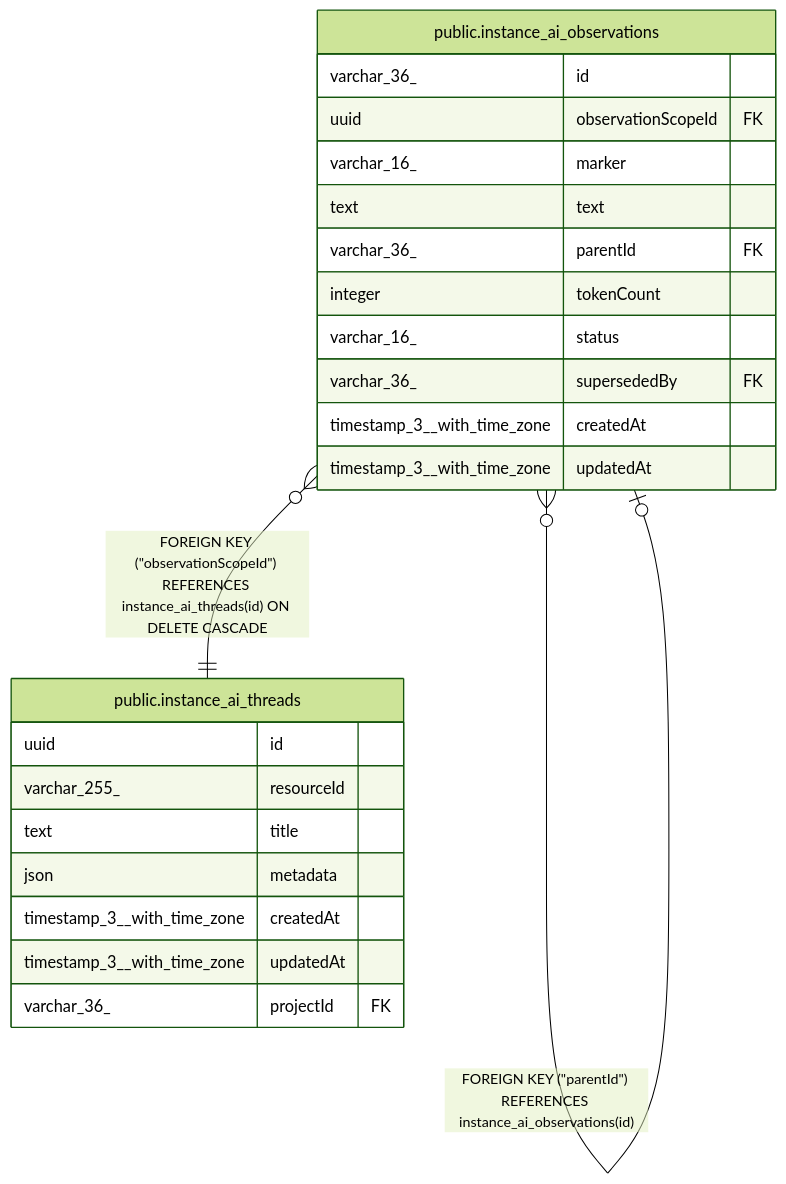
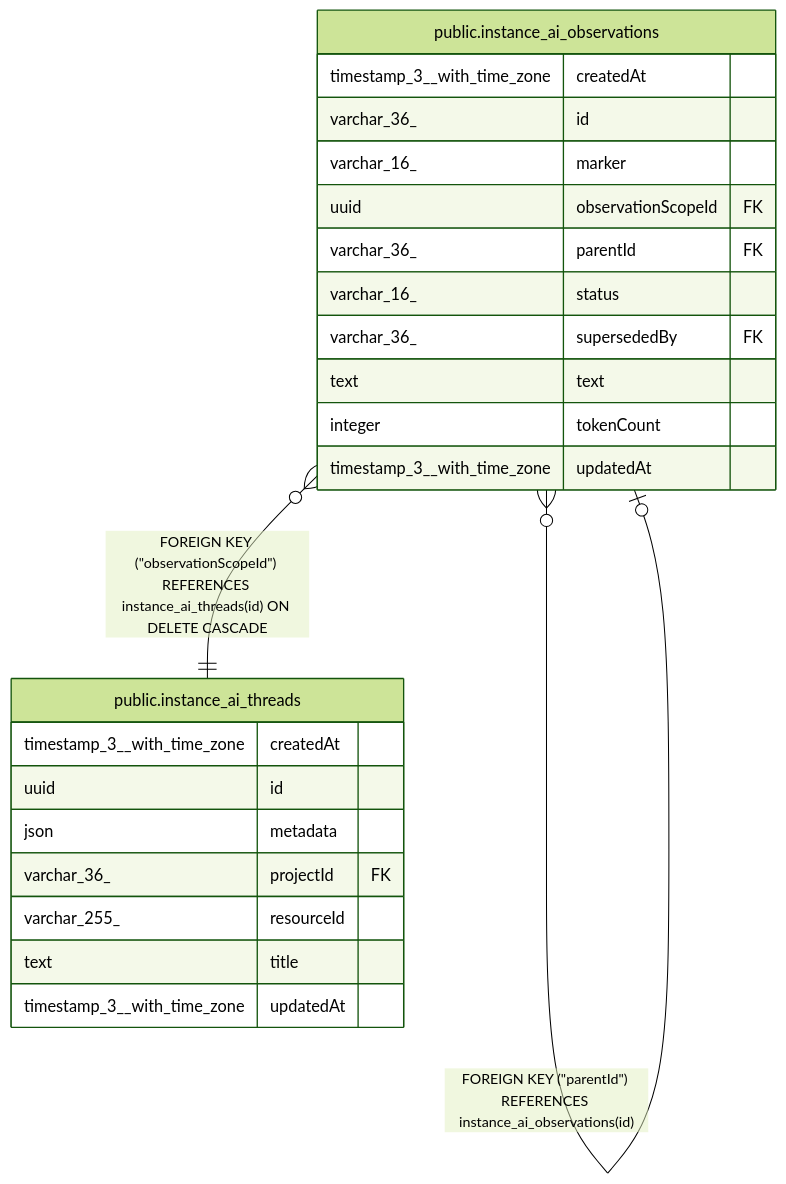
One commit to mayankjain1815-commits/n8n changed the diagram in docs/generated/postgres-schema/public.instance_ai_observations.md. Above: the diagram before and after it, drawn with Mermaid (forest theme). The commit also changed other lines of this file and 221 other files, not shown here.

Commit message:
chore(core): Make DB schema docs generation deterministic (#32373)

````diff
--- a/docs/generated/postgres-schema/public.instance_ai_observations.md
+++ b/docs/generated/postgres-schema/public.instance_ai_observations.md
@@ -48,29 +48,29 @@
 ```mermaid
 erDiagram
 
 "public.instance_ai_observations" }o--o| "public.instance_ai_observations" : "FOREIGN KEY (#quot;supersededBy#quot;) REFERENCES instance_ai_observations(id)"
 "public.instance_ai_observations" }o--o| "public.instance_ai_observations" : "FOREIGN KEY (#quot;parentId#quot;) REFERENCES instance_ai_observations(id)"
 "public.instance_ai_observations" }o--|| "public.instance_ai_threads" : "FOREIGN KEY (#quot;observationScopeId#quot;) REFERENCES instance_ai_threads(id) ON DELETE CASCADE"
 
 "public.instance_ai_observations" {
+  timestamp_3__with_time_zone createdAt
   varchar_36_ id
+  varchar_16_ marker
   uuid observationScopeId FK
-  varchar_16_ marker
-  text text
   varchar_36_ parentId FK
-  integer tokenCount
   varchar_16_ status
   varchar_36_ supersededBy FK
-  timestamp_3__with_time_zone createdAt
+  text text
+  integer tokenCount
   timestamp_3__with_time_zone updatedAt
 }
 "public.instance_ai_threads" {
+  timestamp_3__with_time_zone createdAt
   uuid id
+  json metadata
+  varchar_36_ projectId FK
   varchar_255_ resourceId
   text title
-  json metadata
-  timestamp_3__with_time_zone createdAt
   timestamp_3__with_time_zone updatedAt
-  varchar_36_ projectId FK
 }
 ```
````
